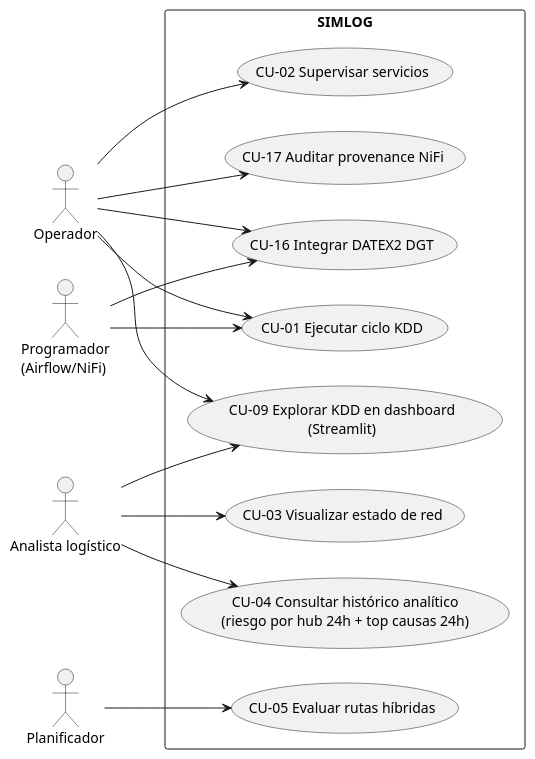
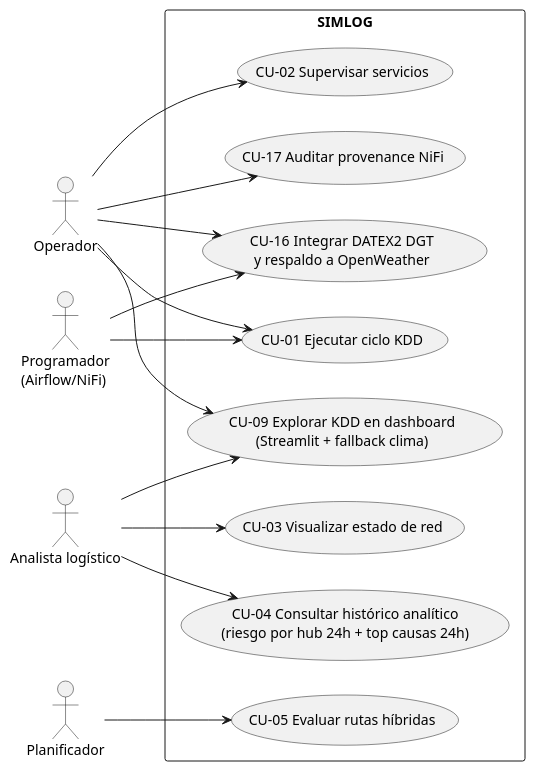
Before and after one commit to gracobjo/proyecto_transporte_global_standalone: the diagram in docs/uml/casos_uso_simlog.puml, drawn with PlantUML. The commit also changed 47 other files, not shown here.

```diff
--- a/docs/uml/casos_uso_simlog.puml
+++ b/docs/uml/casos_uso_simlog.puml
@@ -1,33 +1,33 @@
 @startuml
 left to right direction
 skinparam packageStyle rectangle
 
 actor "Operador" as Operador
 actor "Analista logístico" as Analista
 actor "Planificador" as Planificador
 actor "Programador\n(Airflow/NiFi)" as Scheduler
 
 rectangle "SIMLOG" {
   usecase "CU-01 Ejecutar ciclo KDD" as CU1
   usecase "CU-02 Supervisar servicios" as CU2
   usecase "CU-03 Visualizar estado de red" as CU3
   usecase "CU-04 Consultar histórico analítico\n(riesgo por hub 24h + top causas 24h)" as CU4
   usecase "CU-05 Evaluar rutas híbridas" as CU5
-  usecase "CU-09 Explorar KDD en dashboard\n(Streamlit)" as CU9
-  usecase "CU-16 Integrar DATEX2 DGT" as CU16
+  usecase "CU-09 Explorar KDD en dashboard\n(Streamlit + fallback clima)" as CU9
+  usecase "CU-16 Integrar DATEX2 DGT\ny respaldo a OpenWeather" as CU16
   usecase "CU-17 Auditar provenance NiFi" as CU17
 }
 
 Operador --> CU2
 Operador --> CU1
 Operador --> CU9
 Analista --> CU3
 Analista --> CU4
 Analista --> CU9
 Planificador --> CU5
 Scheduler --> CU1
 Operador --> CU16
 Scheduler --> CU16
 Operador --> CU17
 
 @enduml
```
